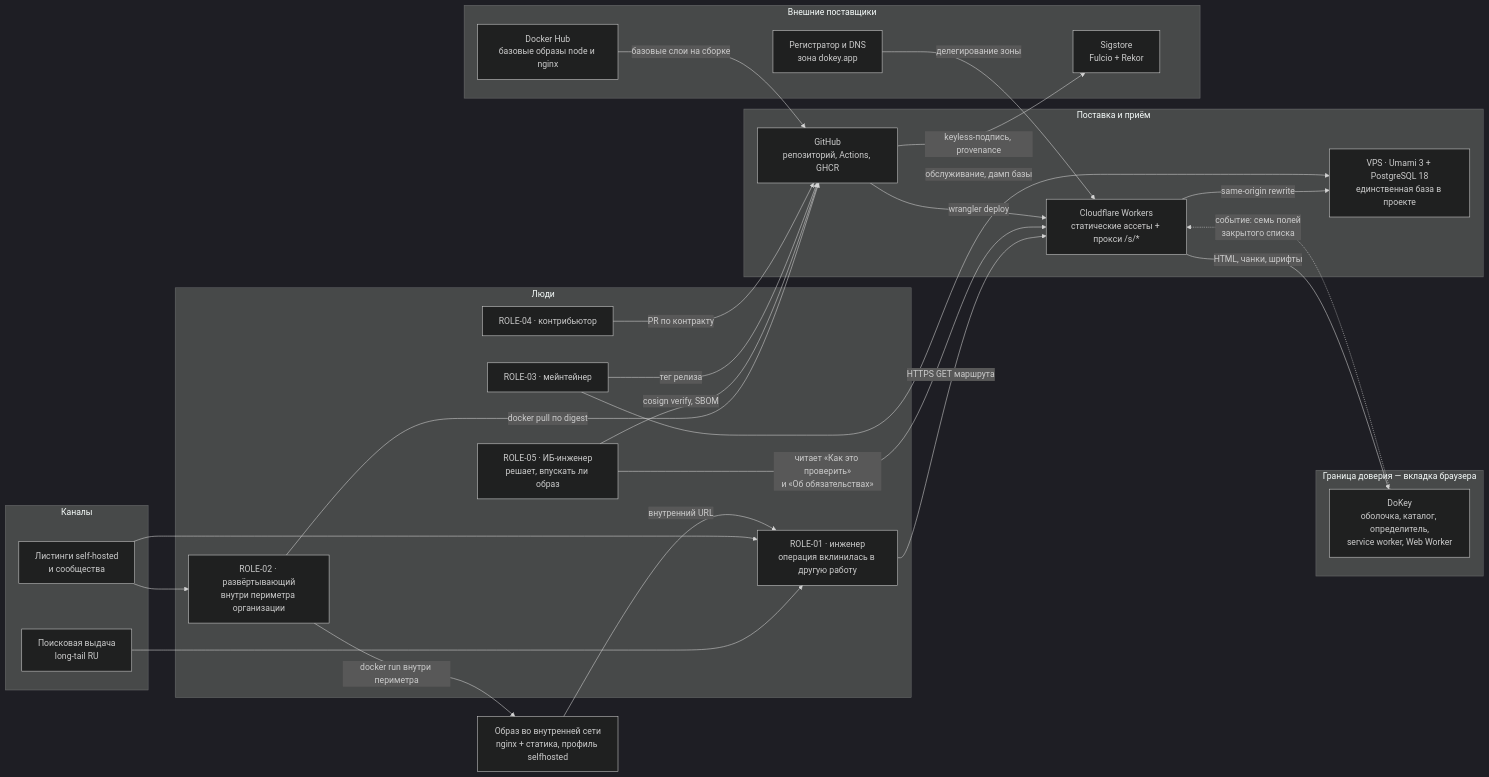
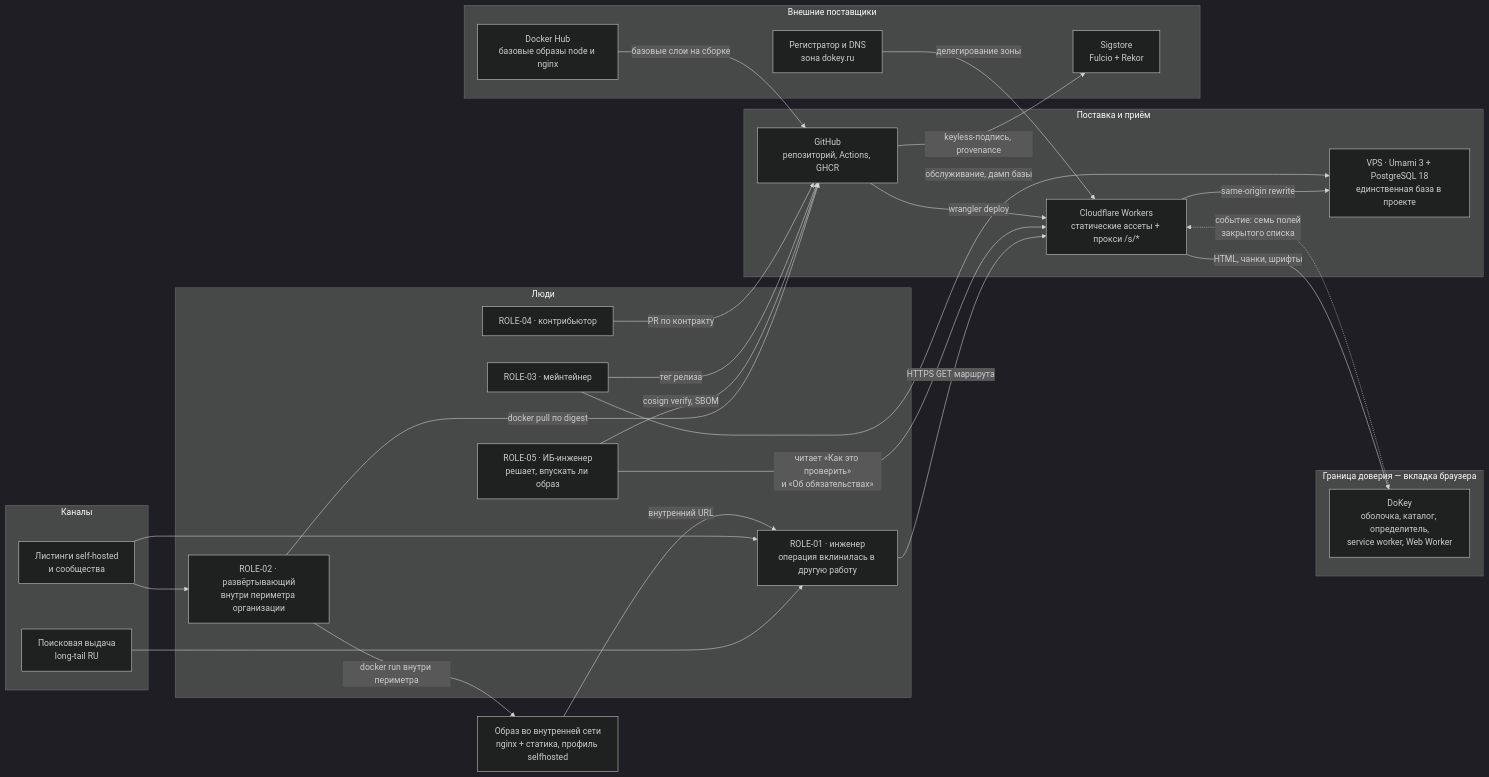
The first of 8 diagrams in docs/architecture.md (dokey-app/dokey), drawn with Mermaid (dark theme) before and after one commit. The commit also changed other lines of this file and 31 other files, not shown here.

First line of the commit message:
Q-240, Q-241: домен dokey.ru вместо dokey.app (D-175)

````diff
--- a/docs/architecture.md
+++ b/docs/architecture.md
@@ -62,56 +62,56 @@
 ```mermaid
 flowchart LR
   subgraph WORLD["Люди"]
     R1["ROLE-01 · инженер<br/>операция вклинилась в другую работу"]
     R2["ROLE-02 · развёртывающий<br/>внутри периметра организации"]
     R5["ROLE-05 · ИБ-инженер<br/>решает, впускать ли образ"]
     R3["ROLE-03 · мейнтейнер"]
     R4["ROLE-04 · контрибьютор"]
   end
 
   subgraph TRUST["Граница доверия — вкладка браузера"]
     APP["DoKey<br/>оболочка, каталог, определитель,<br/>service worker, Web Worker"]
   end
 
   subgraph EDGE["Поставка и приём"]
     CF["Cloudflare Workers<br/>статические ассеты + прокси /s/*"]
     GH["GitHub<br/>репозиторий, Actions, GHCR"]
     VPS["VPS · Umami 3 + PostgreSQL 18<br/>единственная база в проекте"]
   end
 
   subgraph THIRD["Внешние поставщики"]
     SS["Sigstore<br/>Fulcio + Rekor"]
     DH["Docker Hub<br/>базовые образы node и nginx"]
-    REG["Регистратор и DNS<br/>зона dokey.app"]
+    REG["Регистратор и DNS<br/>зона dokey.ru"]
   end
 
   subgraph CHAN["Каналы"]
     SEO["Поисковая выдача<br/>long-tail RU"]
     LIST["Листинги self-hosted<br/>и сообщества"]
   end
 
   SELF["Образ во внутренней сети<br/>nginx + статика, профиль selfhosted"]
 
   SEO --> R1
   LIST --> R1
   LIST --> R2
 
   R1 -->|"HTTPS GET маршрута"| CF
   CF -->|"HTML, чанки, шрифты"| APP
   APP -.->|"событие: семь полей<br/>закрытого списка"| CF
   CF -->|"same-origin rewrite"| VPS
 
   R2 -->|"docker pull по digest"| GH
   R5 -->|"cosign verify, SBOM"| GH
   R5 -->|"читает «Как это проверить»<br/>и «Об обязательствах»"| CF
   R2 -->|"docker run внутри периметра"| SELF
   SELF -->|"внутренний URL"| R1
 
   R3 -->|"тег релиза"| GH
   R4 -->|"PR по контракту"| GH
   GH -->|"wrangler deploy"| CF
   GH -->|"keyless-подпись, provenance"| SS
   DH -->|"базовые слои на сборке"| GH
   REG -->|"делегирование зоны"| CF
   R3 -->|"обслуживание, дамп базы"| VPS
 ```
````
